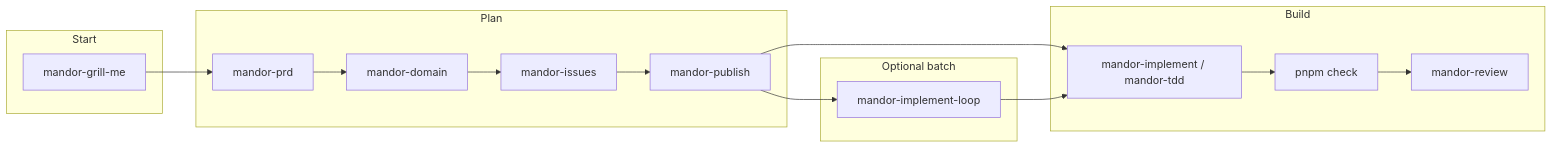
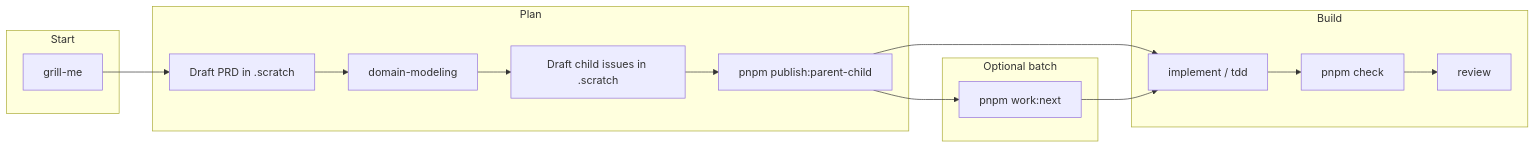
Before and after one commit to achmadya-dev/mandor-plate: the diagram in README.md, drawn with Mermaid. The commit also changed other lines of this file and 3 other files, not shown here.

````diff
--- a/README.md
+++ b/README.md
@@ -126,33 +126,33 @@
 ```mermaid
 flowchart LR
   subgraph start [Start]
-    G[mandor-grill-me]
+    G[grill-me]
   end
 
   subgraph plan [Plan]
-    P[mandor-prd]
-    D[mandor-domain]
-    I[mandor-issues]
-    Pub[mandor-publish]
+    P[Draft PRD in .scratch]
+    D[domain-modeling]
+    I[Draft child issues in .scratch]
+    Pub[pnpm publish:parent-child]
   end
 
   subgraph code [Build]
-    M[mandor-implement / mandor-tdd]
+    M[implement / tdd]
     C[pnpm check]
-    R[mandor-review]
+    R[review]
   end
 
   subgraph auto [Optional batch]
-    L[mandor-implement-loop]
+    L[pnpm work:next]
   end
 
   G --> P
   P --> D
   D --> I
   I --> Pub
   Pub --> M
   M --> C
   C --> R
   Pub --> L
   L --> M
 ```
````
